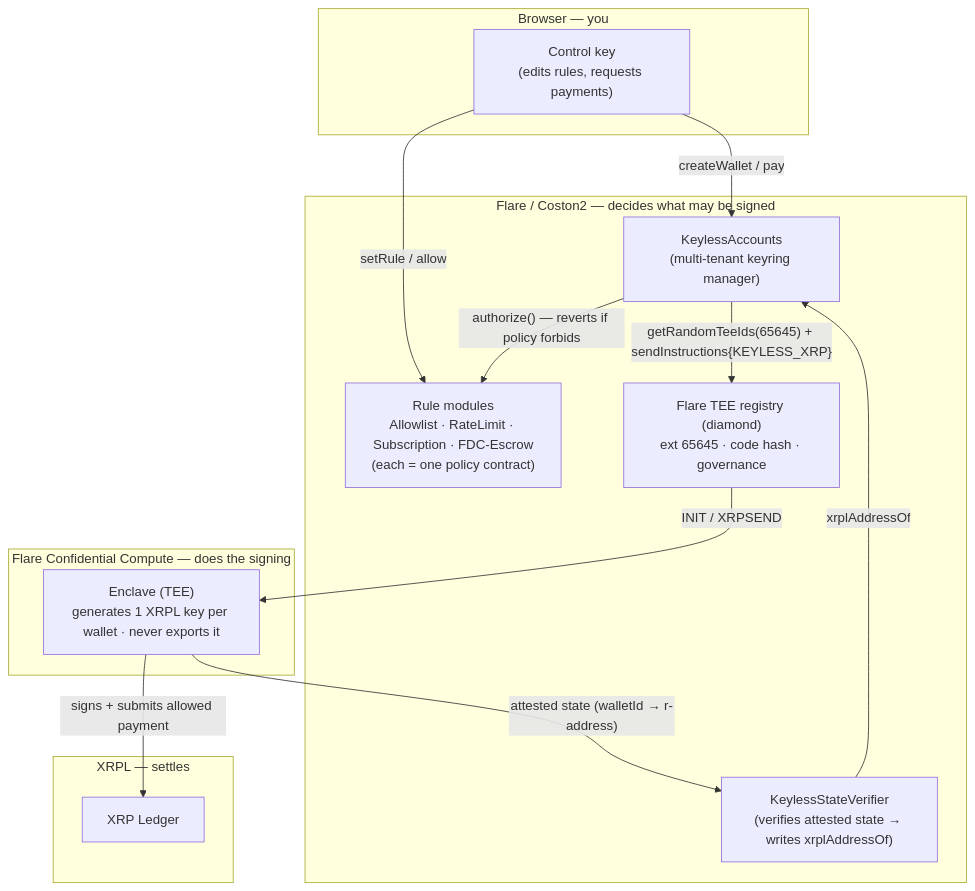
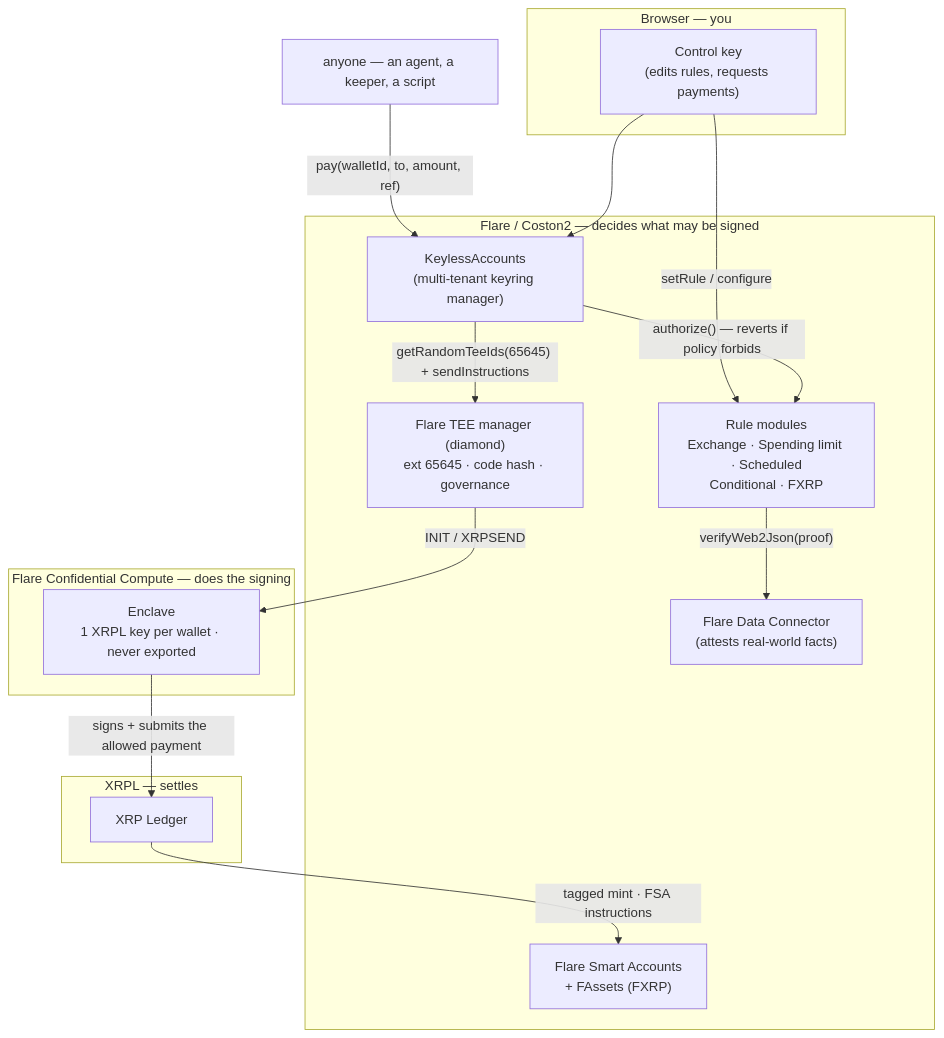
The diagram in README.md (jerrymusaga/Keyless), drawn with Mermaid before and after one commit. The commit also changed other lines of this file and 1 other file, not shown here.

````diff
--- a/README.md
+++ b/README.md
@@ -45,30 +126,32 @@
 ```mermaid
 flowchart TD
     subgraph Browser["Browser — you"]
         CK["Control key<br/>(edits rules, requests payments)"]
     end
 
     subgraph Flare["Flare / Coston2 — decides what may be signed"]
         KA["KeylessAccounts<br/>(multi-tenant keyring manager)"]
-        RULES["Rule modules<br/>Allowlist · RateLimit · Subscription · FDC-Escrow<br/>(each = one policy contract)"]
-        REG["Flare TEE registry (diamond)<br/>ext 65645 · code hash · governance"]
-        SV["KeylessStateVerifier<br/>(verifies attested state → writes xrplAddressOf)"]
+        RULES["Rule modules<br/>Exchange · Spending limit · Scheduled<br/>Conditional · FXRP"]
+        REG["Flare TEE manager (diamond)<br/>ext 65645 · code hash · governance"]
+        FDC["Flare Data Connector<br/>(attests real-world facts)"]
+        FSA["Flare Smart Accounts<br/>+ FAssets (FXRP)"]
     end
 
     subgraph TEE["Flare Confidential Compute — does the signing"]
-        ENC["Enclave (TEE)<br/>generates 1 XRPL key per wallet · never exports it"]
+        ENC["Enclave<br/>1 XRPL key per wallet · never exported"]
     end
 
     subgraph XRP["XRPL — settles"]
         LEDGER["XRP Ledger"]
     end
 
-    CK -->|"setRule / allow"| RULES
-    CK -->|"createWallet / pay"| KA
+    CK -->|"setRule / configure"| RULES
+    ANYONE["anyone — an agent, a keeper, a script"] -->|"pay(walletId, to, amount, ref)"| KA
+    CK --> KA
     KA -->|"authorize() — reverts if policy forbids"| RULES
-    KA -->|"getRandomTeeIds(65645) + sendInstructions{KEYLESS_XRP}"| REG
+    RULES -->|"verifyWeb2Json(proof)"| FDC
+    KA -->|"getRandomTeeIds(65645) + sendInstructions"| REG
     REG -->|"INIT / XRPSEND"| ENC
-    ENC -->|"signs + submits allowed payment"| LEDGER
-    ENC -->|"attested state (walletId → r-address)"| SV
-    SV -->|"xrplAddressOf"| KA
+    ENC -->|"signs + submits the allowed payment"| LEDGER
+    LEDGER -->|"tagged mint · FSA instructions"| FSA
 ```
````
